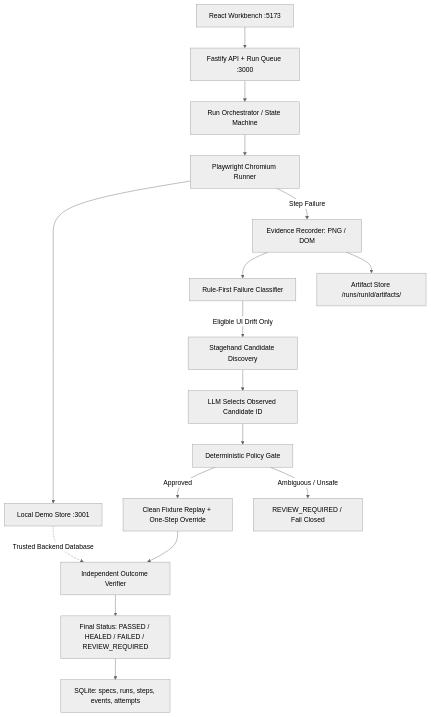
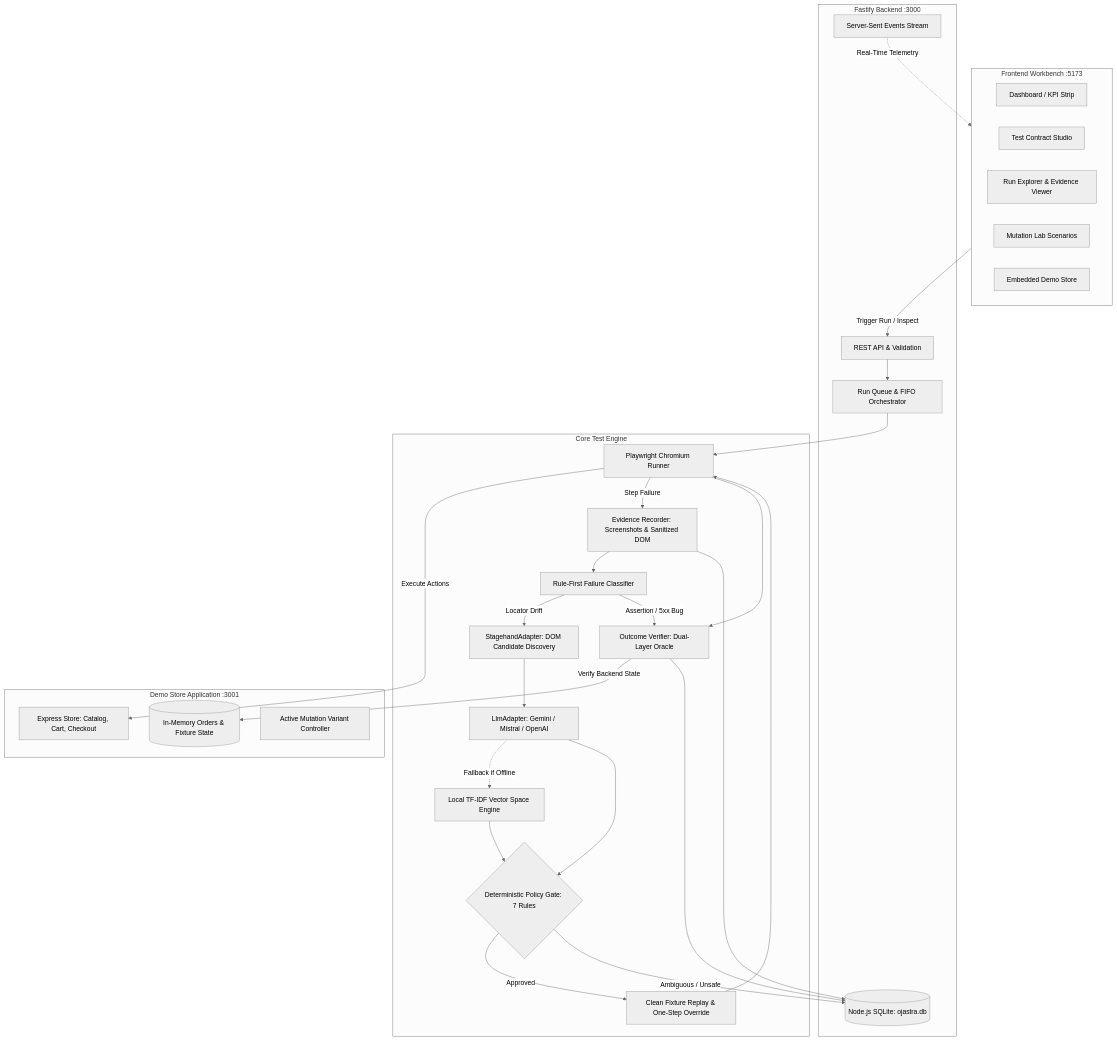
The diagram in README.md (ShresthSingh01/Lexique), drawn with Mermaid (neutral theme) before and after one commit. The commit also changed other lines of this file and 5 other files, not shown here.

````diff
--- a/README.md
+++ b/README.md
@@ -24,19 +84,56 @@
 ```mermaid
 flowchart TD
-    UI[React Workbench :5173] --> API[Fastify API + Run Queue :3000]
-    API --> O[Run Orchestrator / State Machine]
-    O --> PW[Playwright Chromium Runner]
-    PW --> APP[Local Demo Store :3001]
-    PW -->|Step Failure| EV[Evidence Recorder: PNG / DOM]
-    EV --> FC[Rule-First Failure Classifier]
-    FC -->|Eligible UI Drift Only| SH[Stagehand Candidate Discovery]
-    SH --> LLM[LLM Selects Observed Candidate ID]
-    LLM --> G[Deterministic Policy Gate]
-    G -->|Approved| RP[Clean Fixture Replay + One-Step Override]
-    G -->|Ambiguous / Unsafe| REVIEW[REVIEW_REQUIRED / Fail Closed]
-    RP --> V[Independent Outcome Verifier]
-    APP -.->|Trusted Backend Database| V
-    V --> RESULT[Final Status: PASSED / HEALED / FAILED / REVIEW_REQUIRED]
-    EV --> ART[Artifact Store /runs/runId/artifacts/]
-    RESULT --> DB[SQLite: specs, runs, steps, events, attempts]
+    subgraph UI [Frontend Workbench :5173]
+        DASH[Dashboard / KPI Strip]
+        STUDIO[Test Contract Studio]
+        RUNS[Run Explorer & Evidence Viewer]
+        MUT[Mutation Lab Scenarios]
+        SANDBOX[Embedded Demo Store]
+    end
+
+    subgraph API [Fastify Backend :3000]
+        ROUTER[REST API & Validation]
+        QUEUE[Run Queue & FIFO Orchestrator]
+        SSE[Server-Sent Events Stream]
+        DB[(Node.js SQLite: ojastra.db)]
+    end
+
+    subgraph ENGINE [Core Test Engine]
+        PW[Playwright Chromium Runner]
+        EV[Evidence Recorder: Screenshots & Sanitized DOM]
+        FC[Rule-First Failure Classifier]
+        SH[StagehandAdapter: DOM Candidate Discovery]
+        AI[LlmAdapter: Gemini / Mistral / OpenAI]
+        VSM[Local TF-IDF Vector Space Engine]
+        GATE{Deterministic Policy Gate: 7 Rules}
+        REPLAY[Clean Fixture Replay & One-Step Override]
+        ORACLE[Outcome Verifier: Dual-Layer Oracle]
+    end
+
+    subgraph APP [Demo Store Application :3001]
+        STORE[Express Store: Catalog, Cart, Checkout]
+        ORDER_DB[(In-Memory Orders & Fixture State)]
+        MUT_ENGINE[Active Mutation Variant Controller]
+    end
+
+    UI -->|Trigger Run / Inspect| ROUTER
+    SSE -.->|Real-Time Telemetry| UI
+    ROUTER --> QUEUE
+    QUEUE --> PW
+    PW -->|Execute Actions| STORE
+    PW -->|Step Failure| EV
+    EV --> FC
+    FC -->|Locator Drift| SH
+    FC -->|Assertion / 5xx Bug| ORACLE
+    SH --> AI
+    AI -.->|Fallback if Offline| VSM
+    AI --> GATE
+    VSM --> GATE
+    GATE -->|Approved| REPLAY
+    GATE -->|Ambiguous / Unsafe| DB
+    REPLAY --> PW
+    PW --> ORACLE
+    ORACLE -->|Verify Backend State| ORDER_DB
+    ORACLE --> DB
+    EV --> DB
 ```
````
